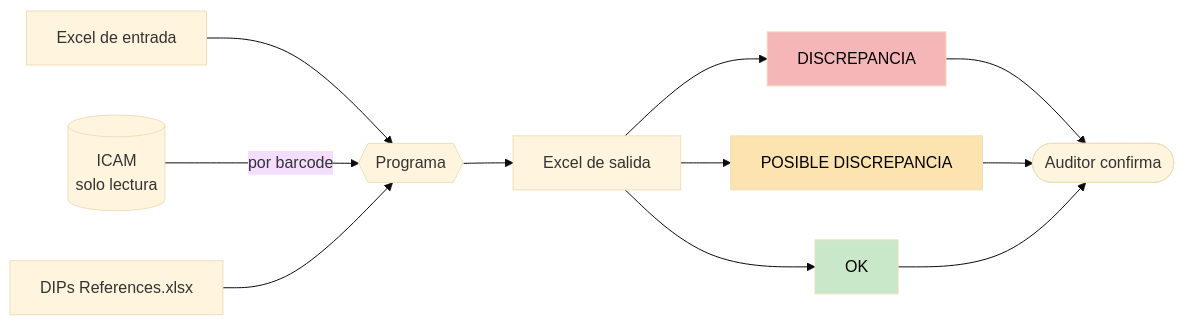
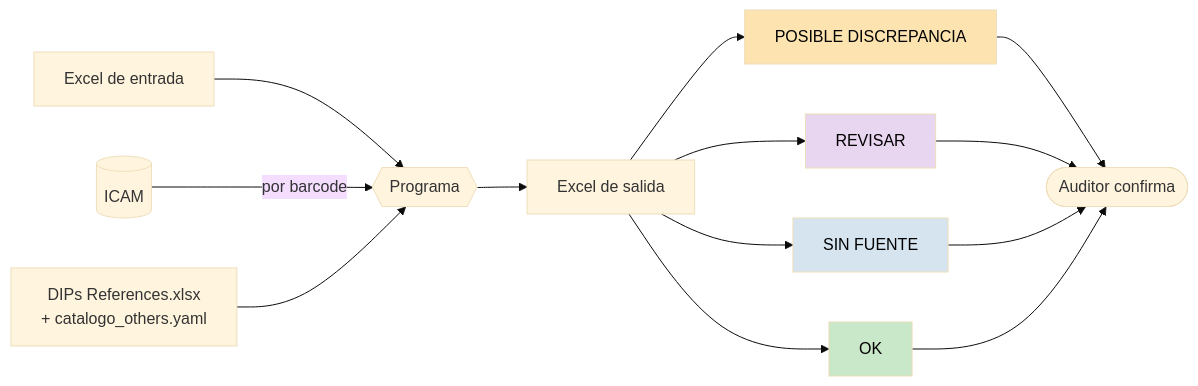
Before and after one commit to lviloriabas/dips: the first of 9 diagrams in docs/proceso.md, drawn with Mermaid (base theme). The commit also changed other lines of this file and 34 other files, not shown here.

Commit message:
Inventario de oxygen generators, pausa en los .bat y cierre del Edge de ICAM al terminar la lectura

````diff
--- a/docs/proceso.md
+++ b/docs/proceso.md
@@ -7,16 +15,19 @@
 ```mermaid
 flowchart LR
     A[Excel de entrada] --> P{{Programa}}
-    I[(ICAM<br/>solo lectura)] -- por barcode --> P
-    T[DIPs References.xlsx] --> P
+    I[(ICAM)] -- por barcode --> P
+    T[DIPs References.xlsx<br/>+ catalogo_others.yaml] --> P
     P --> S[Excel de salida]
-    S --> D[DISCREPANCIA]
-    S --> R[POSIBLE DISCREPANCIA]
+    S --> D[POSIBLE DISCREPANCIA]
+    S --> R[REVISAR]
+    S --> F[SIN FUENTE]
     S --> O[OK]
     D --> U([Auditor confirma])
     R --> U
+    F --> U
     O --> U
-    style D fill:#F4B6B6,color:#000
-    style R fill:#FCE3B0,color:#000
+    style D fill:#FCE3B0,color:#000
+    style R fill:#E8D5F0,color:#000
+    style F fill:#D6E4F0,color:#000
     style O fill:#C9E7C9,color:#000
 ```
````
